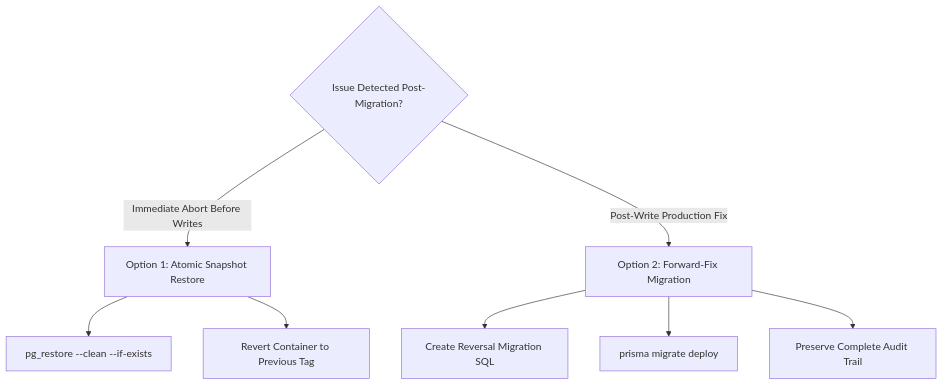
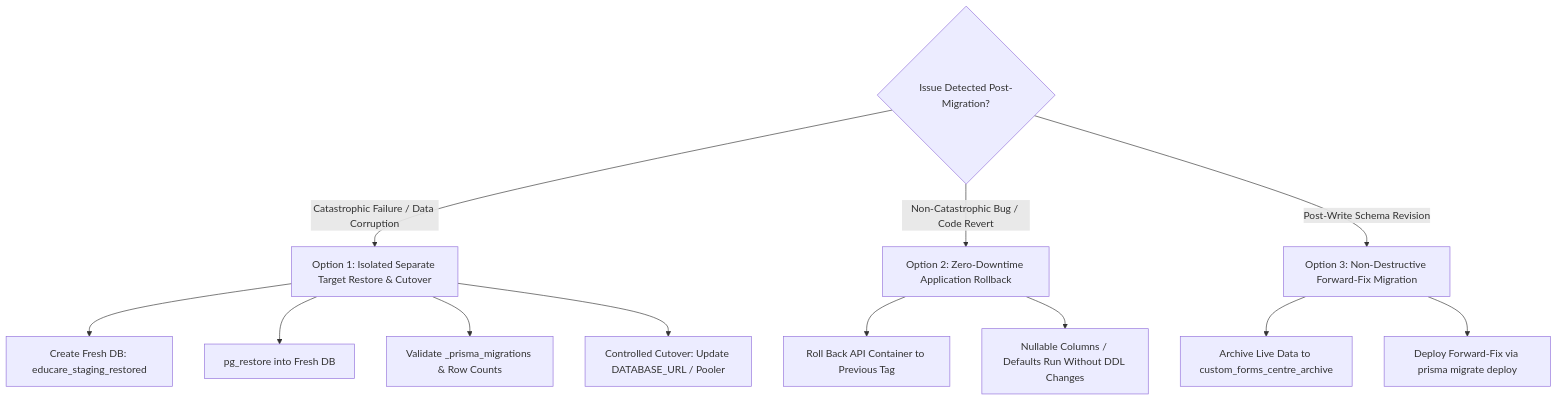
Before and after one commit to educaretech2026/LMS: the second of 2 diagrams in STAGING_INFRASTRUCTURE_PLAN.md, drawn with Mermaid. The commit also changed other lines of this file and 5 other files, not shown here.

Commit message:
fix(staging): harden server identity allowlisting, correct non-atomic restore runbook, and add integration test plan

````diff
--- a/STAGING_INFRASTRUCTURE_PLAN.md
+++ b/STAGING_INFRASTRUCTURE_PLAN.md
@@ -301,13 +302,18 @@
 ```mermaid
 graph TD
     IssueDetected{Issue Detected Post-Migration?}
-    IssueDetected -->|Immediate Abort Before Writes| PITR[Option 1: Atomic Snapshot Restore]
-    IssueDetected -->|Post-Write Production Fix| ForwardFix[Option 2: Forward-Fix Migration]
+    IssueDetected -->|Catastrophic Failure / Data Corruption| RestoreSeparate[Option 1: Isolated Separate Target Restore & Cutover]
+    IssueDetected -->|Non-Catastrophic Bug / Code Revert| BackwardCompat[Option 2: Zero-Downtime Application Rollback]
+    IssueDetected -->|Post-Write Schema Revision| ForwardFix[Option 3: Non-Destructive Forward-Fix Migration]
     
-    PITR --> RestoreDB["pg_restore --clean --if-exists"]
-    PITR --> RevertApp["Revert Container to Previous Tag"]
+    RestoreSeparate --> CreateFreshDB["Create Fresh DB: educare_staging_restored"]
+    RestoreSeparate --> RestoreDump["pg_restore into Fresh DB"]
+    RestoreSeparate --> ValidateRestored["Validate _prisma_migrations & Row Counts"]
+    RestoreSeparate --> ControlledCutover["Controlled Cutover: Update DATABASE_URL / Pooler"]
     
-    ForwardFix --> CreateMig["Create Reversal Migration SQL"]
-    ForwardFix --> DeployMig["prisma migrate deploy"]
-    ForwardFix --> KeepHistory["Preserve Complete Audit Trail"]
+    BackwardCompat --> RevertContainers["Roll Back API Container to Previous Tag"]
+    BackwardCompat --> SafeCompat["Nullable Columns / Defaults Run Without DDL Changes"]
+    
+    ForwardFix --> ArchiveData["Archive Live Data to custom_forms_centre_archive"]
+    ForwardFix --> DeployForward["Deploy Forward-Fix via prisma migrate deploy"]
 ```
````
